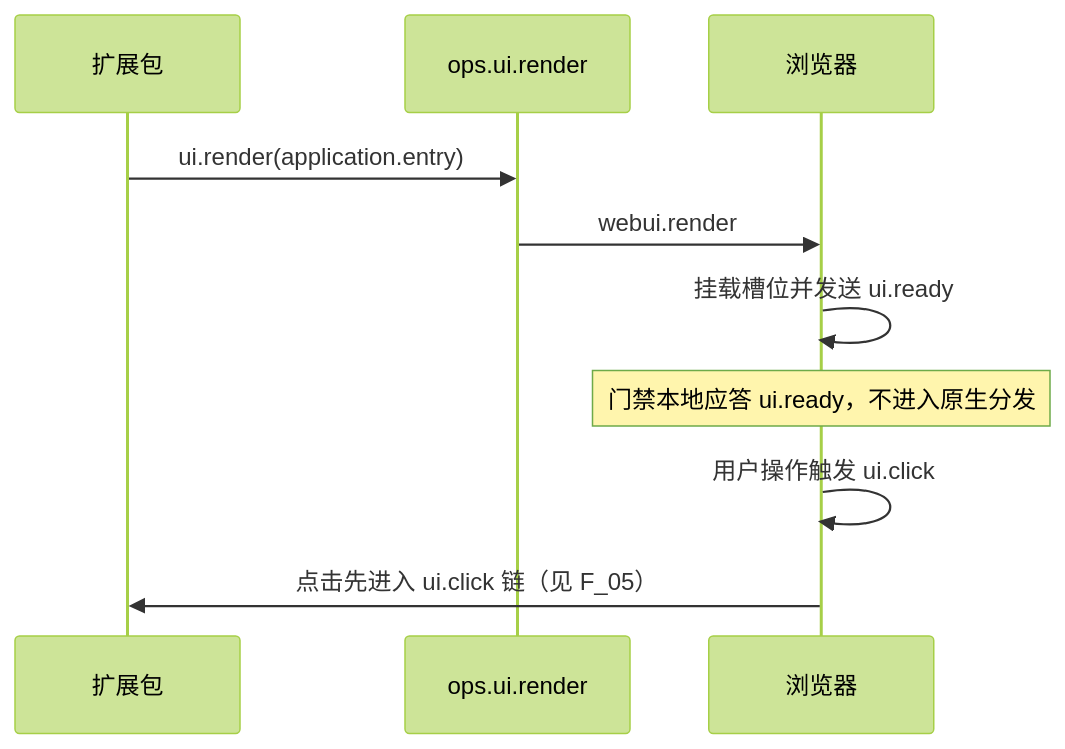
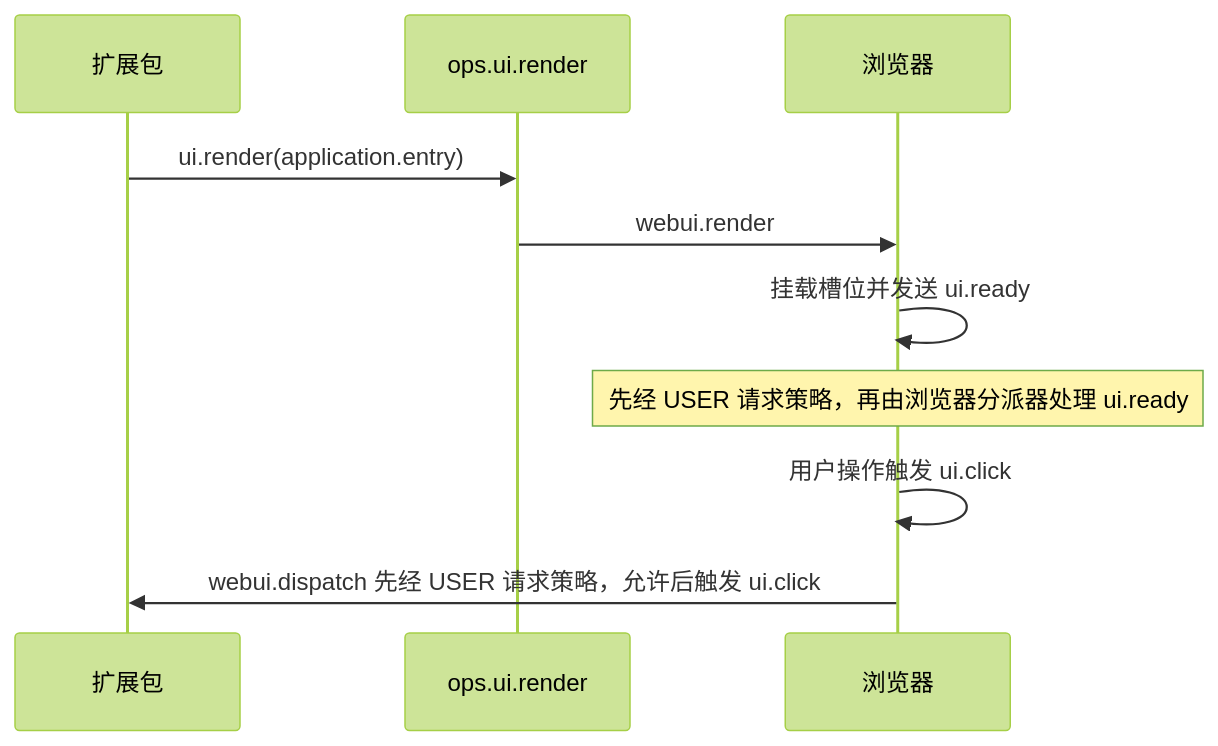
One commit to openJiuwen-ai/jiuwenswarm changed the third of 3 diagrams in jiuwenswarm/gateway/extensions_v2/docs/features/F_03_render-service.md. Above: the diagram before and after it, drawn with Mermaid (forest theme). The commit also changed other lines of this file and 24 other files, not shown here.

````diff
--- a/jiuwenswarm/gateway/extensions_v2/docs/features/F_03_render-service.md
+++ b/jiuwenswarm/gateway/extensions_v2/docs/features/F_03_render-service.md
@@ -136,12 +128,12 @@
 ```mermaid
 sequenceDiagram
     participant P as 扩展包
     participant O as ops.ui.render
     participant F as 浏览器
     P->>O: ui.render(application.entry)
     O->>F: webui.render
     F->>F: 挂载槽位并发送 ui.ready
-    Note over F: 门禁本地应答 ui.ready，不进入原生分发
+    Note over F: 先经 USER 请求策略，再由浏览器分派器处理 ui.ready
     F->>F: 用户操作触发 ui.click
-    F->>P: 点击先进入 ui.click 链（见 F_05）
+    F->>P: webui.dispatch 先经 USER 请求策略，允许后触发 ui.click
 ```
````
